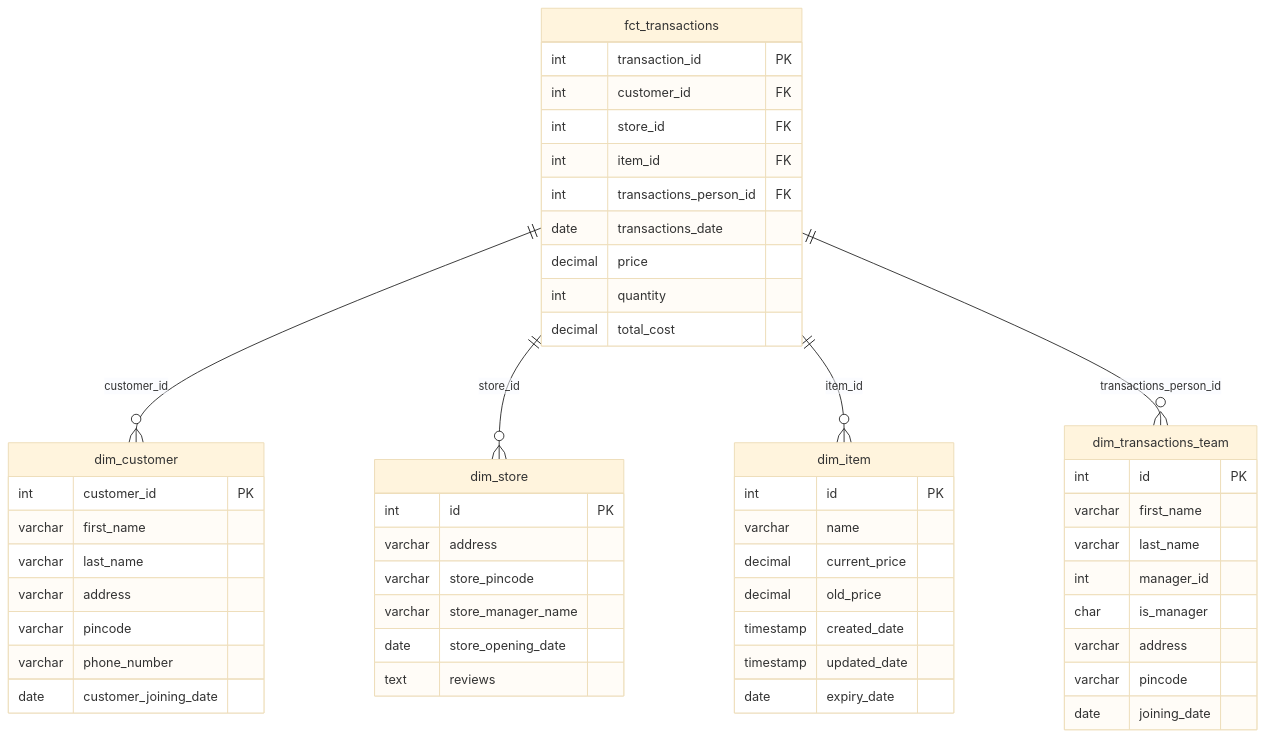
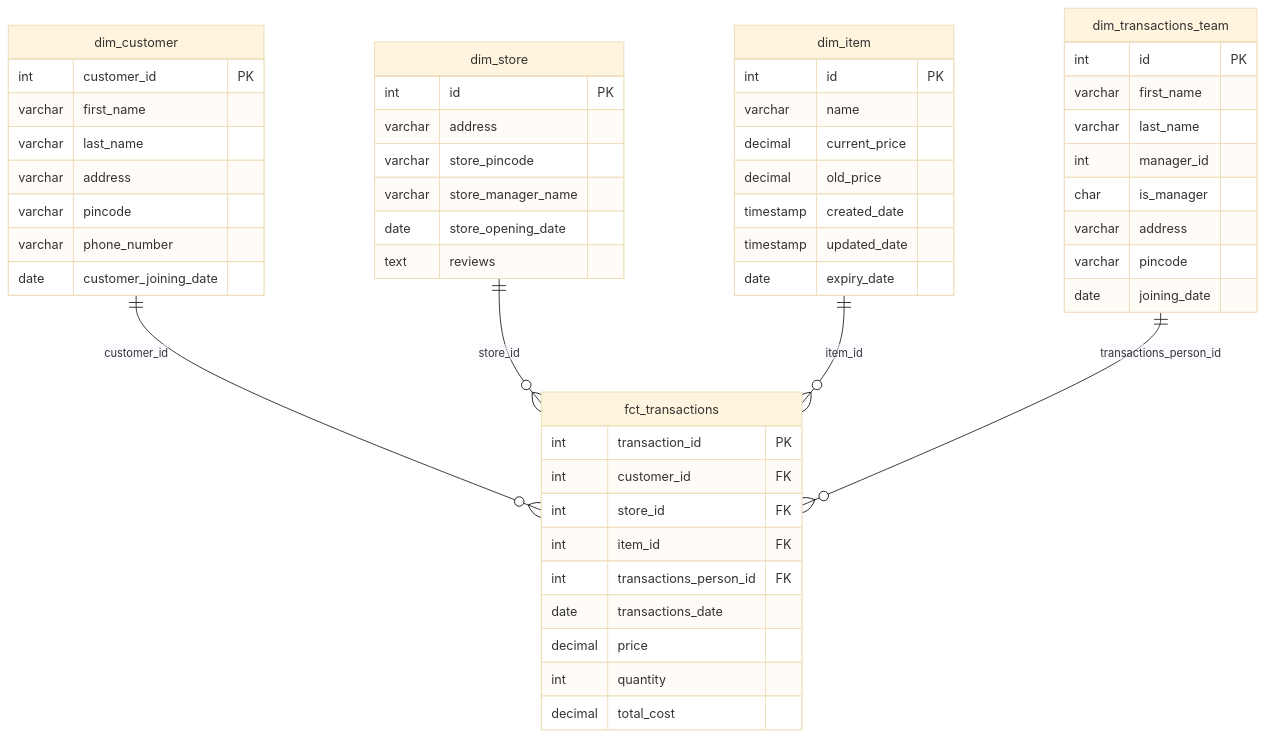
One commit to prashant-newway/Etl-data-pipeline-pyspark-aws changed the diagram in readme.md. Above: the diagram before and after it, drawn with Mermaid (base theme). The commit also changed other lines of this file and 1 other file, not shown here.

````diff
--- a/readme.md
+++ b/readme.md
@@ -188,59 +188,59 @@
 ```mermaid
 erDiagram
     fct_transactions {
         int transaction_id PK
         int customer_id FK
         int store_id FK
         int item_id FK
         int transactions_person_id FK
         date transactions_date
         decimal price
         int quantity
         decimal total_cost
     }
     
     dim_customer {
         int customer_id PK
         varchar first_name
         varchar last_name
         varchar address
         varchar pincode
         varchar phone_number
         date customer_joining_date
     }
     
     dim_store {
         int id PK
         varchar address
         varchar store_pincode
         varchar store_manager_name
         date store_opening_date
         text reviews
     }
     
     dim_item {
         int id PK
         varchar name
         decimal current_price
         decimal old_price
         timestamp created_date
         timestamp updated_date
         date expiry_date
     }
     
     dim_transactions_team {
         int id PK
         varchar first_name
         varchar last_name
         int manager_id
         char is_manager
         varchar address
         varchar pincode
         date joining_date
     }
     
-    fct_transactions ||--o{ dim_customer : "customer_id"
-    fct_transactions ||--o{ dim_store : "store_id"
-    fct_transactions ||--o{ dim_item : "item_id"
-    fct_transactions ||--o{ dim_transactions_team : "transactions_person_id"
+    dim_customer ||--o{ fct_transactions : "customer_id"
+    dim_store ||--o{ fct_transactions : "store_id" 
+    dim_item ||--o{ fct_transactions : "item_id"
+    dim_transactions_team ||--o{ fct_transactions : "transactions_person_id"
 ```
````
